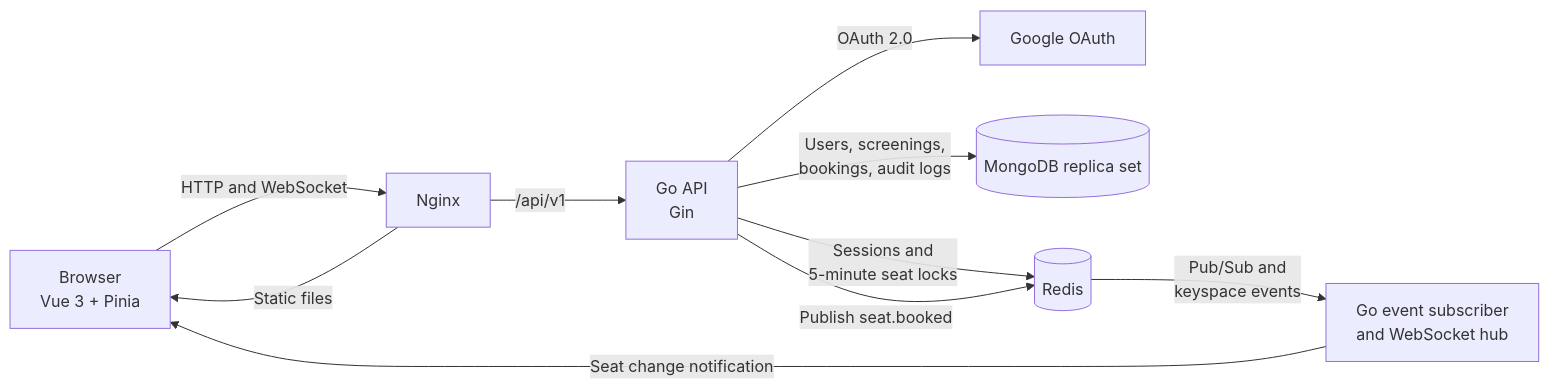
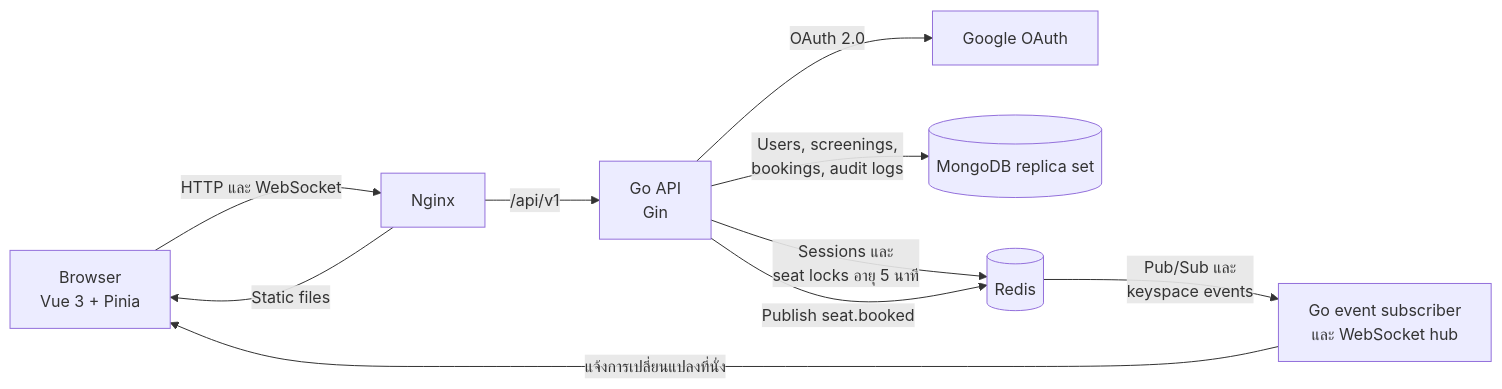
One commit to stormsmash/Cinema-ticket-booking-system changed the first of 2 diagrams in README.md. Above: the diagram before and after it, drawn with Mermaid. The commit also changed other lines of this file and 1 other file, not shown here.

````diff
--- a/README.md
+++ b/README.md
@@ -10,12 +9,12 @@
 ```mermaid
 flowchart LR
-    Browser["Browser<br/>Vue 3 + Pinia"] -->|"HTTP and WebSocket"| Nginx["Nginx"]
+    Browser["Browser<br/>Vue 3 + Pinia"] -->|"HTTP และ WebSocket"| Nginx["Nginx"]
     Nginx -->|"/api/v1"| API["Go API<br/>Gin"]
     Nginx -->|"Static files"| Browser
     API -->|"OAuth 2.0"| Google["Google OAuth"]
     API -->|"Users, screenings,<br/>bookings, audit logs"| Mongo[("MongoDB replica set")]
-    API -->|"Sessions and<br/>5-minute seat locks"| Redis[("Redis")]
+    API -->|"Sessions และ<br/>seat locks อายุ 5 นาที"| Redis[("Redis")]
     API -->|"Publish seat.booked"| Redis
-    Redis -->|"Pub/Sub and<br/>keyspace events"| Hub["Go event subscriber<br/>and WebSocket hub"]
-    Hub -->|"Seat change notification"| Browser
+    Redis -->|"Pub/Sub และ<br/>keyspace events"| Hub["Go event subscriber<br/>และ WebSocket hub"]
+    Hub -->|"แจ้งการเปลี่ยนแปลงที่นั่ง"| Browser
 ```
````
